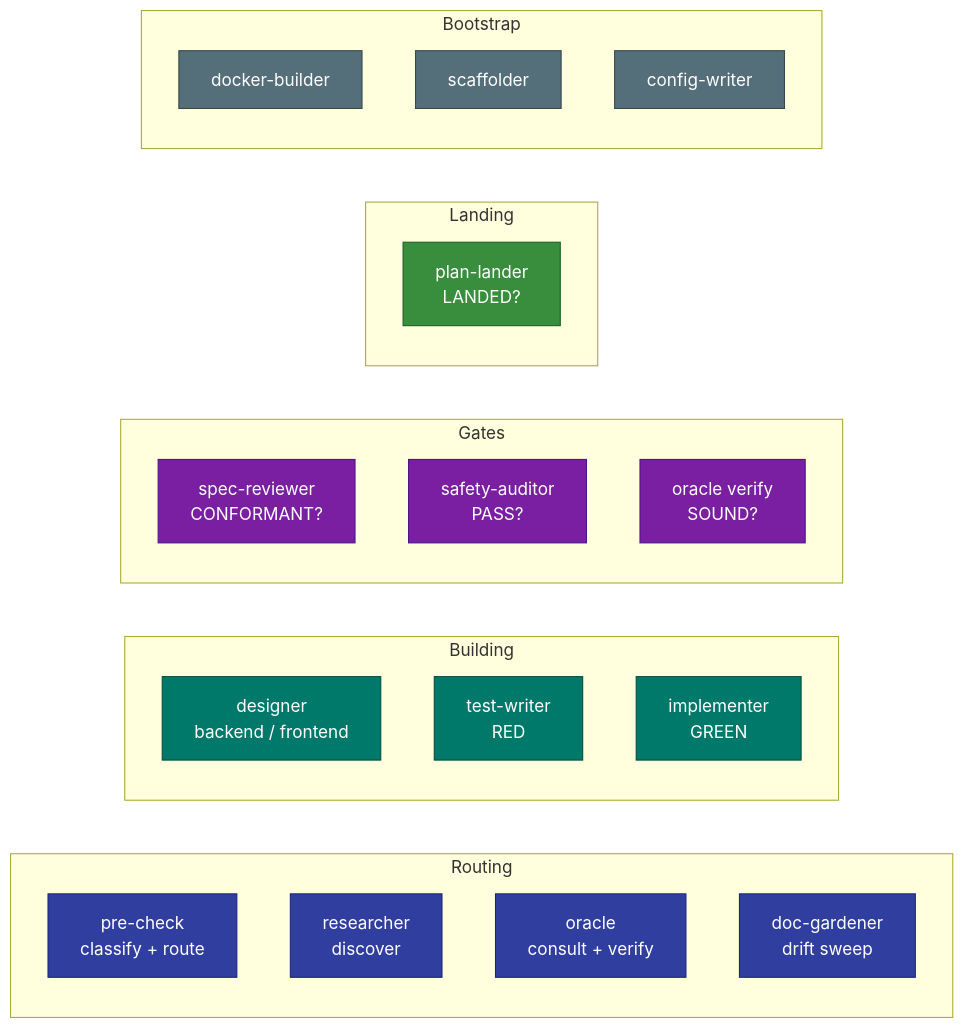
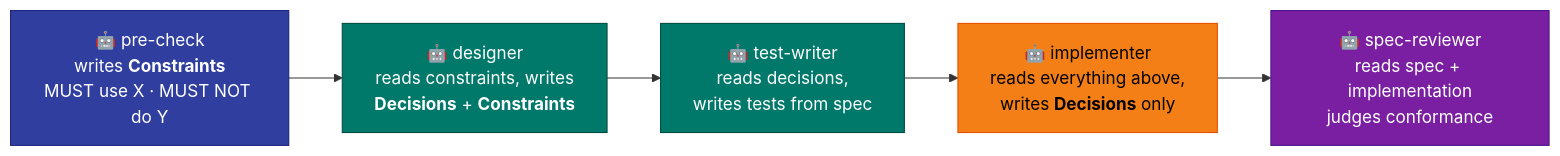
Before and after one commit to TejGandham/keel: the second of 5 diagrams in docs/HOW-IT-WORKS.md, drawn with Mermaid. The commit also changed other lines of this file and 1 other file, not shown here.

````diff
--- a/docs/HOW-IT-WORKS.md
+++ b/docs/HOW-IT-WORKS.md
@@ -60,46 +70,13 @@
 ```mermaid
 graph LR
-    subgraph Routing
-        PC2[pre-check<br/>classify + route]
-        RS[researcher<br/>discover]
-        OR[oracle<br/>consult + verify]
-        DG[doc-gardener<br/>drift sweep]
-    end
+    PC3["🤖 pre-check<br/>writes <b>Constraints</b><br/>MUST use X · MUST NOT do Y"] --> DE3["🤖 designer<br/>reads constraints, writes<br/><b>Decisions</b> + <b>Constraints</b>"]
+    DE3 --> TW3["🤖 test-writer<br/>reads decisions,<br/>writes tests from spec"]
+    TW3 --> IM3["🤖 implementer<br/>reads everything above,<br/>writes <b>Decisions</b> only"]
+    IM3 --> SR3["🤖 spec-reviewer<br/>reads spec + implementation<br/>judges conformance"]
 
-    subgraph Building
-        DE[designer<br/>backend / frontend]
-        TW2[test-writer<br/>RED]
-        IM[implementer<br/>GREEN]
-    end
-
-    subgraph Gates
-        SR2[spec-reviewer<br/>CONFORMANT?]
-        SA2[safety-auditor<br/>PASS?]
-        OV2[oracle verify<br/>SOUND?]
-    end
-
-    subgraph Landing
-        PL2[plan-lander<br/>LANDED?]
-    end
-
-    subgraph Bootstrap
-        DB[docker-builder]
-        SC[scaffolder]
-        CW[config-writer]
-    end
-
-    style PC2 fill:#303F9F,stroke:#1A237E,color:#fff
-    style RS fill:#303F9F,stroke:#1A237E,color:#fff
-    style OR fill:#303F9F,stroke:#1A237E,color:#fff
-    style DG fill:#303F9F,stroke:#1A237E,color:#fff
-    style DE fill:#00796B,stroke:#004D40,color:#fff
-    style TW2 fill:#00796B,stroke:#004D40,color:#fff
-    style IM fill:#00796B,stroke:#004D40,color:#fff
-    style SR2 fill:#7B1FA2,stroke:#4A148C,color:#fff
-    style SA2 fill:#7B1FA2,stroke:#4A148C,color:#fff
-    style OV2 fill:#7B1FA2,stroke:#4A148C,color:#fff
-    style PL2 fill:#388E3C,stroke:#1B5E20,color:#fff
-    style DB fill:#546E7A,stroke:#37474F,color:#fff
-    style SC fill:#546E7A,stroke:#37474F,color:#fff
-    style CW fill:#546E7A,stroke:#37474F,color:#fff
+    style PC3 fill:#303F9F,stroke:#1A237E,color:#fff
+    style DE3 fill:#00796B,stroke:#004D40,color:#fff
+    style TW3 fill:#00796B,stroke:#004D40,color:#fff
+    style IM3 fill:#F57F17,stroke:#E65100,color:#000
+    style SR3 fill:#7B1FA2,stroke:#4A148C,color:#fff
 ```
````
